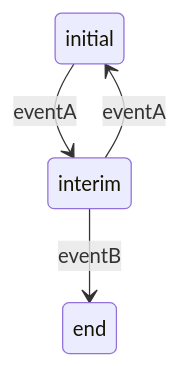
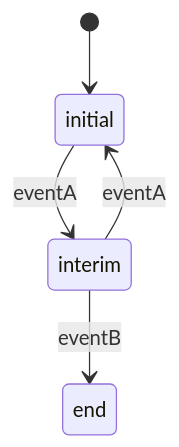
The diagram in NicUtilsTest/Resources/RegressionTestStateDiagram.mmd (niceholgate/CSharpUseful), drawn with Mermaid before and after one commit. The commit also changed 7 other files, not shown here.

Commit message:
Add ability to generate a FiniteStateMachine from a mermaid diagram

```diff
--- a/NicUtilsTest/Resources/RegressionTestStateDiagram.mmd
+++ b/NicUtilsTest/Resources/RegressionTestStateDiagram.mmd
@@ -1,4 +1,5 @@
 stateDiagram-v2
+    [*] --> initial
     initial --> interim: eventA
     interim --> initial: eventA
     interim --> end: eventB
```
